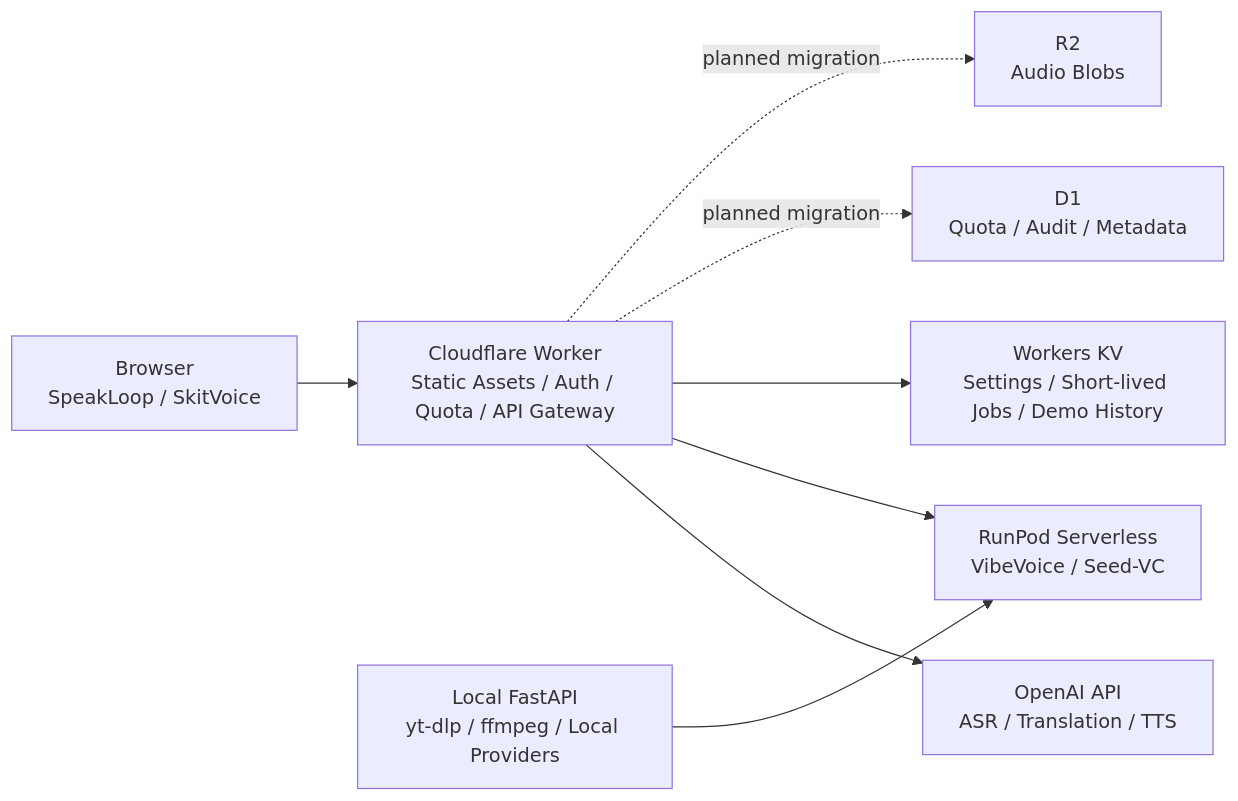
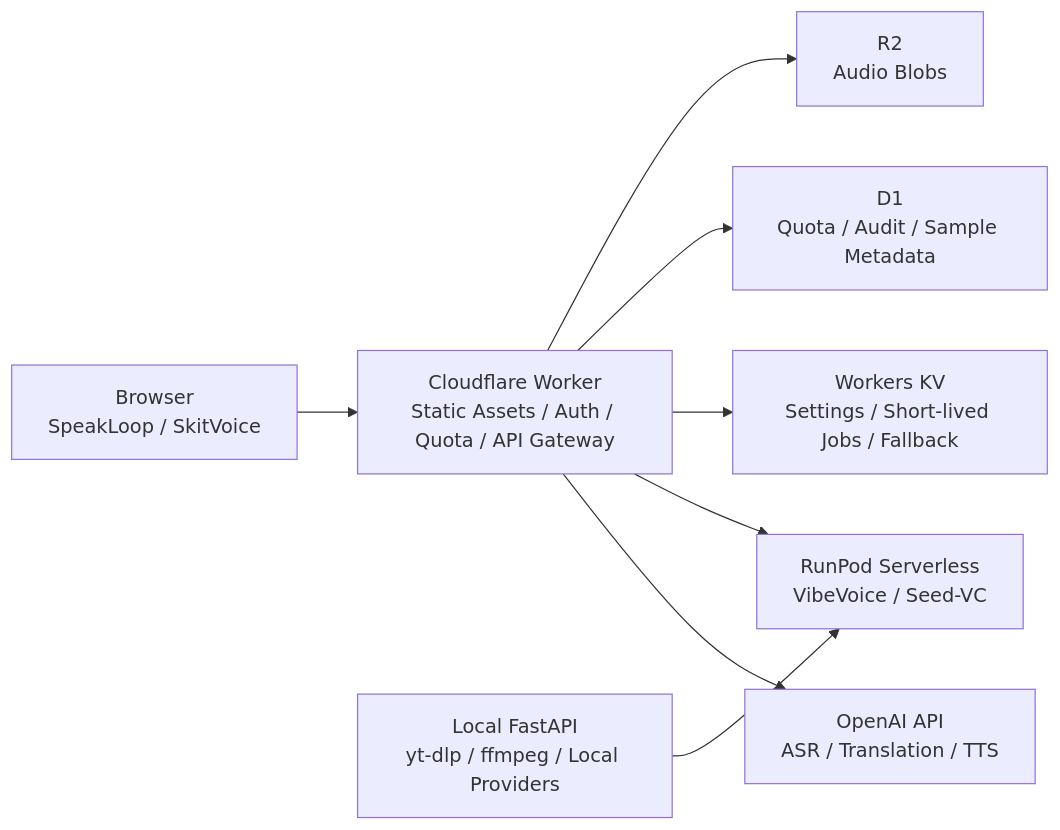
Before and after one commit to inakaegg/voice-lab: the diagram in README.md, drawn with Mermaid. The commit also changed other lines of this file and 48 other files, not shown here.

````diff
--- a/README.md
+++ b/README.md
@@ -32,10 +32,10 @@
 ```mermaid
 flowchart LR
     Browser[Browser\nSpeakLoop / SkitVoice] --> Worker[Cloudflare Worker\nStatic Assets / Auth / Quota / API Gateway]
     Worker --> OpenAI[OpenAI API\nASR / Translation / TTS]
     Worker --> RunPod[RunPod Serverless\nVibeVoice / Seed-VC]
-    Worker --> KV[Workers KV\nSettings / Short-lived Jobs / Demo History]
-    Worker -. planned migration .-> D1[D1\nQuota / Audit / Metadata]
-    Worker -. planned migration .-> R2[R2\nAudio Blobs]
+    Worker --> KV[Workers KV\nSettings / Short-lived Jobs / Fallback]
+    Worker --> D1[D1\nQuota / Audit / Sample Metadata]
+    Worker --> R2[R2\nAudio Blobs]
     Local[Local FastAPI\nyt-dlp / ffmpeg / Local Providers] --> RunPod
 ```
````
